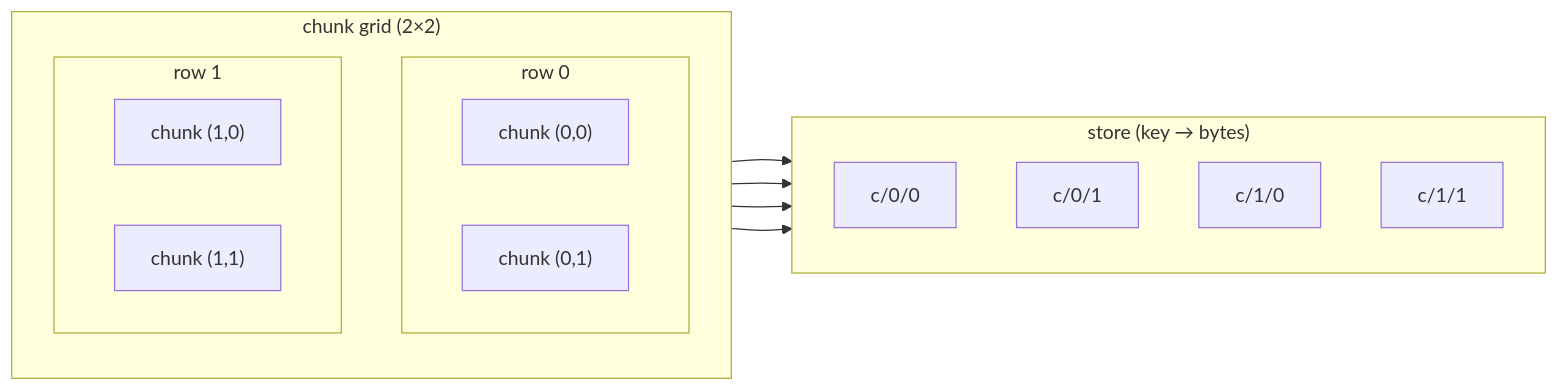
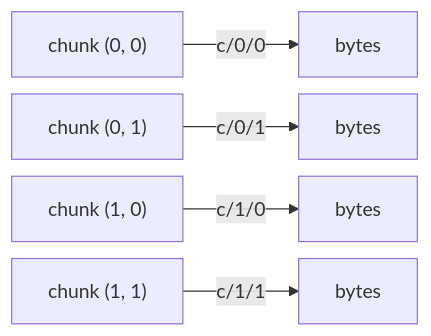
One commit to zarr-developers/zarr-python changed the first of 4 diagrams in docs/user-guide/data_model.md. Above: the diagram before and after it, drawn with Mermaid. The commit also changed other lines of this file, not shown here.

````diff
--- a/docs/user-guide/data_model.md
+++ b/docs/user-guide/data_model.md
@@ -252,27 +262,8 @@
 ```mermaid
+%%{init: {'flowchart': {'nodeSpacing': 14, 'rankSpacing': 55}}}%%
 flowchart LR
-  subgraph grid ["chunk grid (2&times;2)"]
-    direction TB
-    subgraph gr0 ["row 0"]
-      direction LR
-      G00["chunk (0,0)"]
-      G01["chunk (0,1)"]
-    end
-    subgraph gr1 ["row 1"]
-      direction LR
-      G10["chunk (1,0)"]
-      G11["chunk (1,1)"]
-    end
-  end
-  subgraph store ["store (key &rarr; bytes)"]
-    direction TB
-    K00["c/0/0"]
-    K01["c/0/1"]
-    K10["c/1/0"]
-    K11["c/1/1"]
-  end
-  G00 --> K00
-  G01 --> K01
-  G10 --> K10
-  G11 --> K11
+  G00["chunk (0, 0)"] -->|c/0/0| K00["bytes"]
+  G01["chunk (0, 1)"] -->|c/0/1| K01["bytes"]
+  G10["chunk (1, 0)"] -->|c/1/0| K10["bytes"]
+  G11["chunk (1, 1)"] -->|c/1/1| K11["bytes"]
 ```
````
